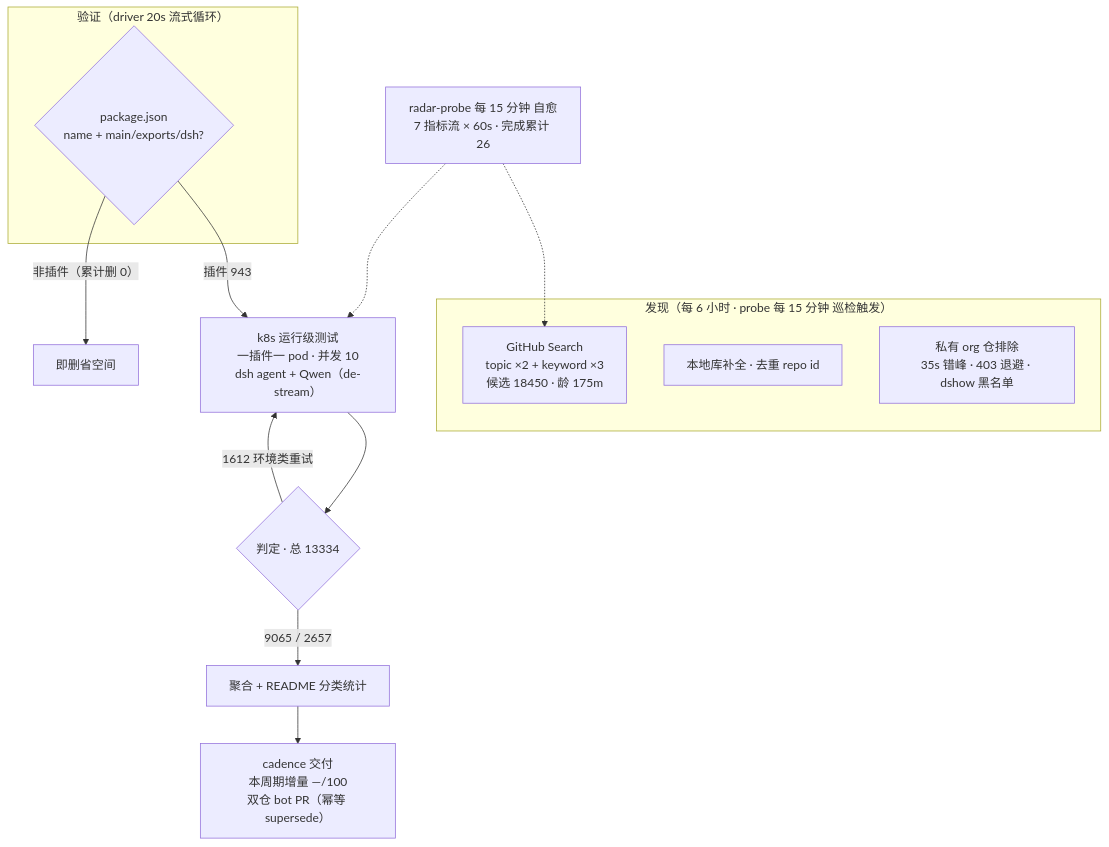
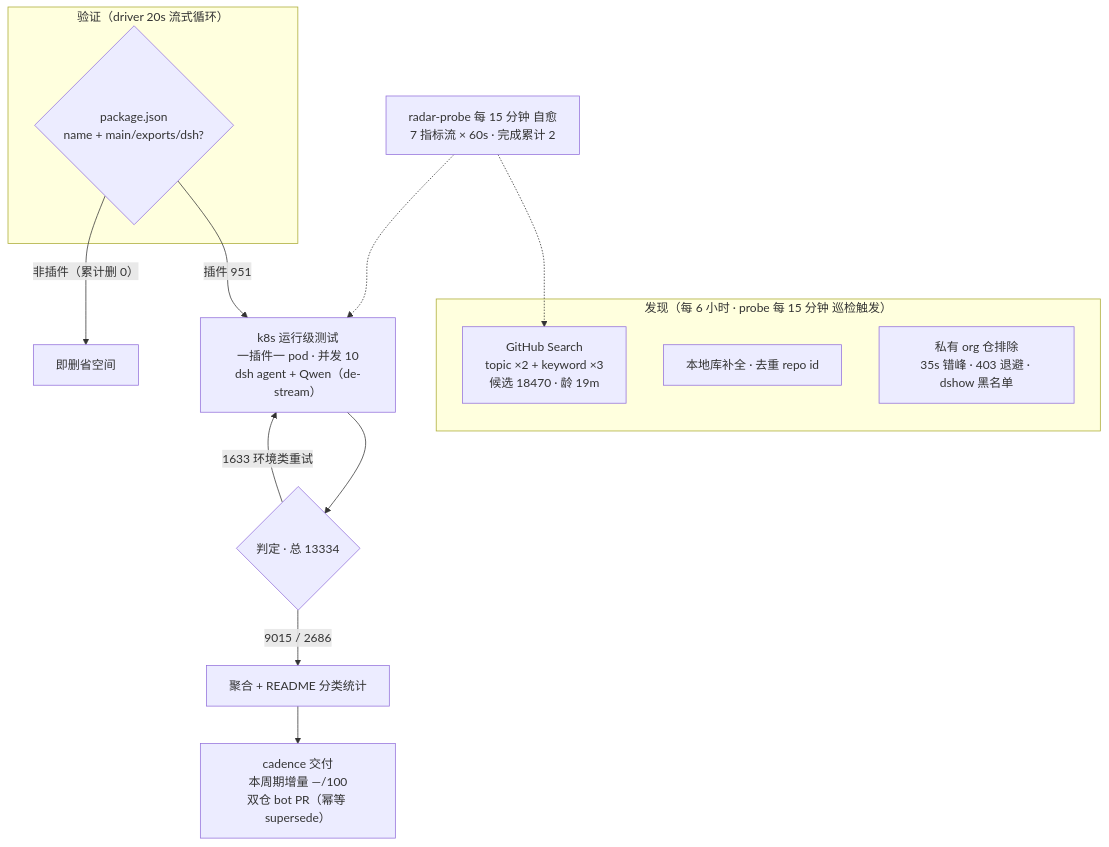
Before and after one commit to AdamPlatin123/awesome-dsh-plugins: the diagram in README.md, drawn with Mermaid. The commit also changed other lines of this file and 14 other files, not shown here.

````diff
--- a/README.md
+++ b/README.md
@@ -52,20 +52,20 @@
 ```mermaid
 flowchart TB
     subgraph Discovery["发现（每 6 小时 · probe 每 15 分钟 巡检触发）"]
-        A1["GitHub Search<br/>topic ×2 + keyword ×3<br/>候选 18450 · 龄 175m"]
+        A1["GitHub Search<br/>topic ×2 + keyword ×3<br/>候选 18470 · 龄 19m"]
         A2["本地库补全 · 去重 repo id"]
         A3["私有 org 仓排除<br/>35s 错峰 · 403 退避 · dshow 黑名单"]
     end
     subgraph Validation["验证（driver 20s 流式循环）"]
         B1{"package.json<br/>name + main/exports/dsh?"}
     end
-    B1 -->|"插件 943"| C1["k8s 运行级测试<br/>一插件一 pod · 并发 10<br/>dsh agent + Qwen（de-stream）"]
+    B1 -->|"插件 951"| C1["k8s 运行级测试<br/>一插件一 pod · 并发 10<br/>dsh agent + Qwen（de-stream）"]
     B1 -->|"非插件（累计删 0）"| B3["即删省空间"]
     C1 --> D1{"判定 · 总 13334"}
-    D1 -->|"9065 / 2657"| E1["聚合 + README 分类统计"]
-    D1 -->|"1612 环境类重试"| C1
+    D1 -->|"9015 / 2686"| E1["聚合 + README 分类统计"]
+    D1 -->|"1633 环境类重试"| C1
     E1 --> E2["cadence 交付<br/>本周期增量 —/100<br/>双仓 bot PR（幂等 supersede）"]
-    M["radar-probe 每 15 分钟 自愈<br/>7 指标流 × 60s · 完成累计 26"]
+    M["radar-probe 每 15 分钟 自愈<br/>7 指标流 × 60s · 完成累计 2"]
     M -.-> A1
     M -.-> C1
 ```
````
